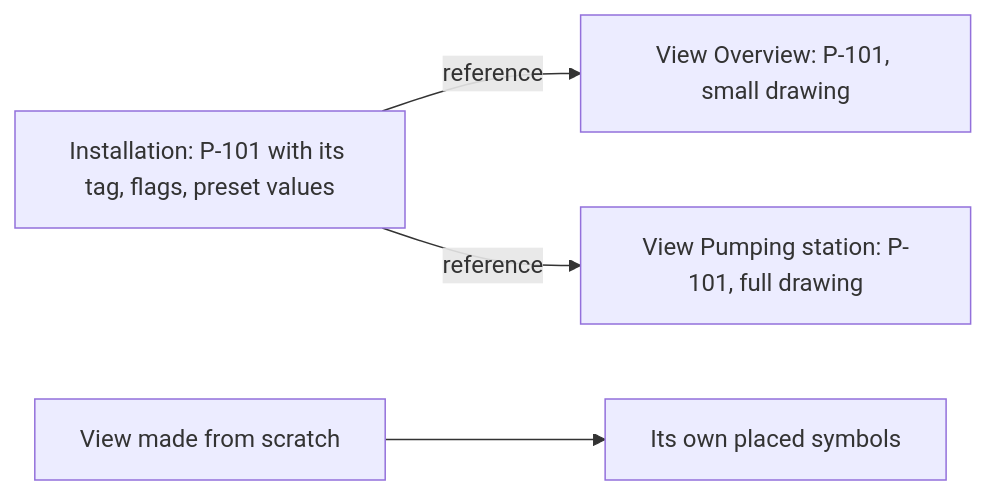
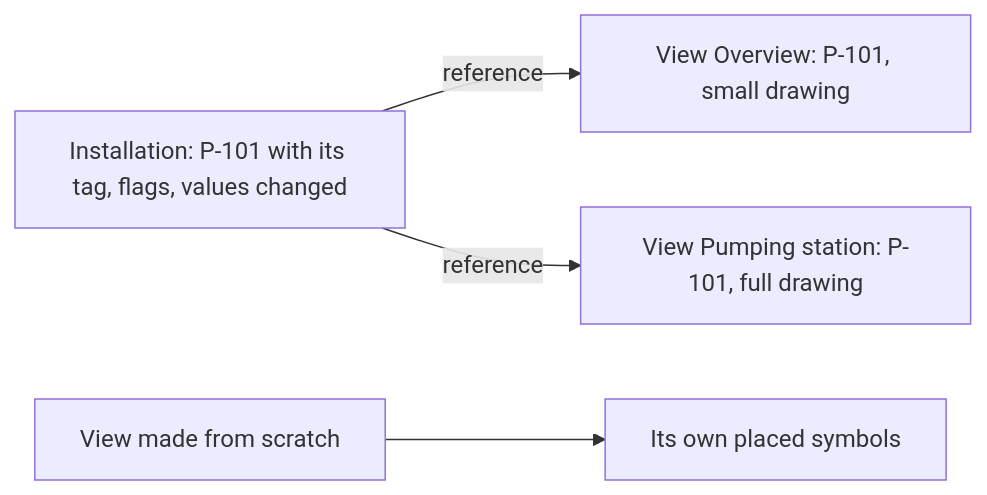
Before and after one commit to AlexandreGallais/synoptic-studio-spec: the first of 2 diagrams in synoptics/01-synoptics-and-views.md, drawn with Mermaid. The commit also changed other lines of this file and 65 other files, not shown here.

````diff
--- a/synoptics/01-synoptics-and-views.md
+++ b/synoptics/01-synoptics-and-views.md
@@ -31,6 +31,6 @@
 ```mermaid
 flowchart LR
-    I["Installation: P-101 with its tag, flags, preset values"] -->|"reference"| V1["View Overview: P-101, small drawing"]
+    I["Installation: P-101 with its tag, flags, values changed"] -->|"reference"| V1["View Overview: P-101, small drawing"]
     I -->|"reference"| V2["View Pumping station: P-101, full drawing"]
     S["View made from scratch"] --> O["Its own placed symbols"]
 ```
````
